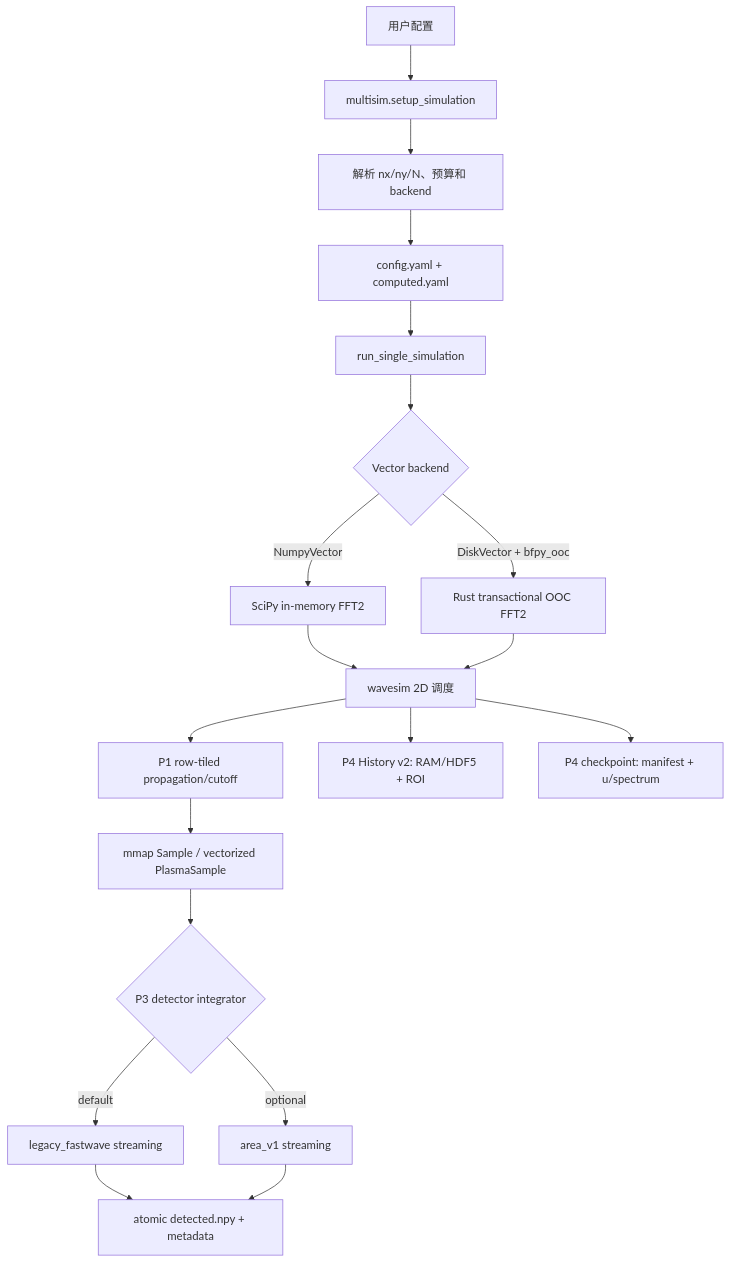
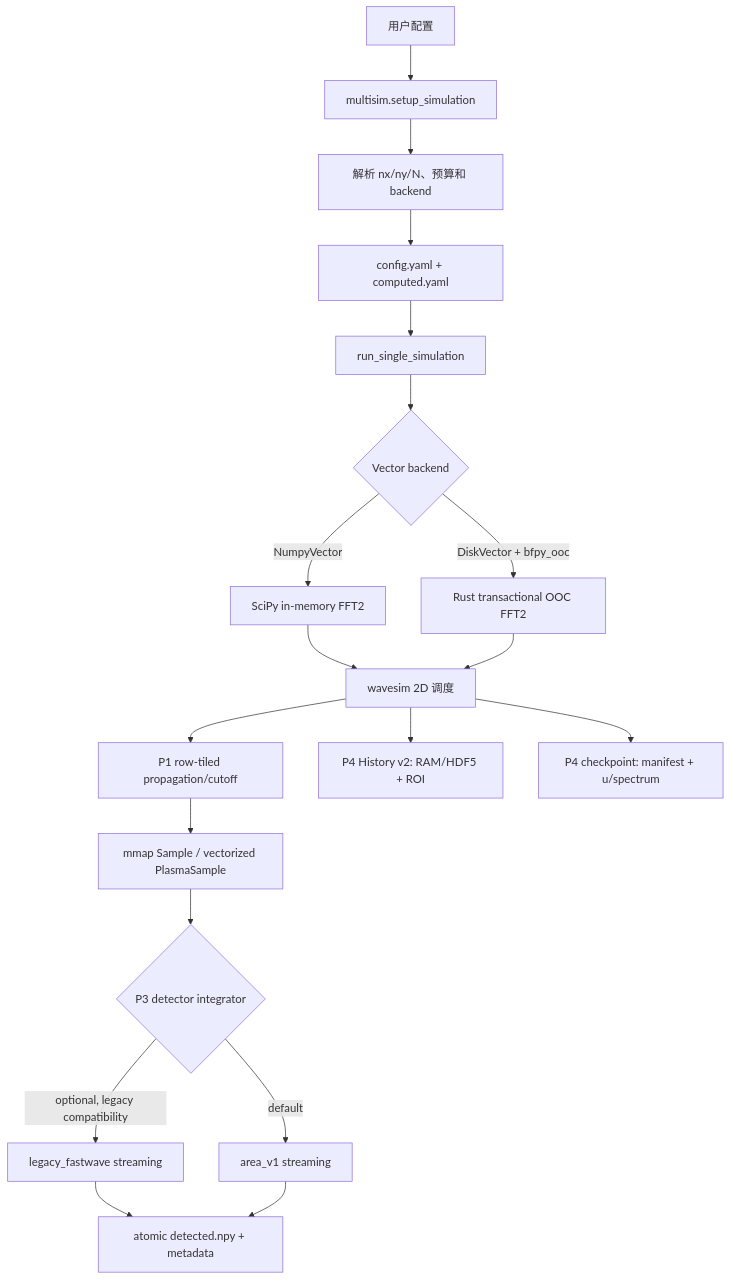
Before and after one commit to EVANOLON/3D_ravesim: the first of 2 diagrams in docs/big-wave-2d-current-architecture.md, drawn with Mermaid. The commit also changed other lines of this file and 9 other files, not shown here.

Commit message:
fix(big-wave): use area-weighted detector integration by default

````diff
--- a/docs/big-wave-2d-current-architecture.md
+++ b/docs/big-wave-2d-current-architecture.md
@@ -45,21 +45,21 @@
 ```mermaid
 flowchart TB
     C["用户配置"] --> S["multisim.setup_simulation"]
     S --> R["解析 nx/ny/N、预算和 backend"]
     R --> M["config.yaml + computed.yaml"]
     M --> X["run_single_simulation"]
     X --> B{"Vector backend"}
     B -->|"NumpyVector"| N["SciPy in-memory FFT2"]
     B -->|"DiskVector + bfpy_ooc"| D["Rust transactional OOC FFT2"]
     N --> W["wavesim 2D 调度"]
     D --> W
     W --> P["P1 row-tiled propagation/cutoff"]
     P --> E["mmap Sample / vectorized PlasmaSample"]
     W --> H["P4 History v2: RAM/HDF5 + ROI"]
     W --> K["P4 checkpoint: manifest + u/spectrum"]
     E --> T{"P3 detector integrator"}
-    T -->|"default"| L["legacy_fastwave streaming"]
-    T -->|"optional"| A["area_v1 streaming"]
+    T -->|"default"| A["area_v1 streaming"]
+    T -->|"optional, legacy compatibility"| L["legacy_fastwave streaming"]
     L --> O["atomic detected.npy + metadata"]
     A --> O
 ```
````
